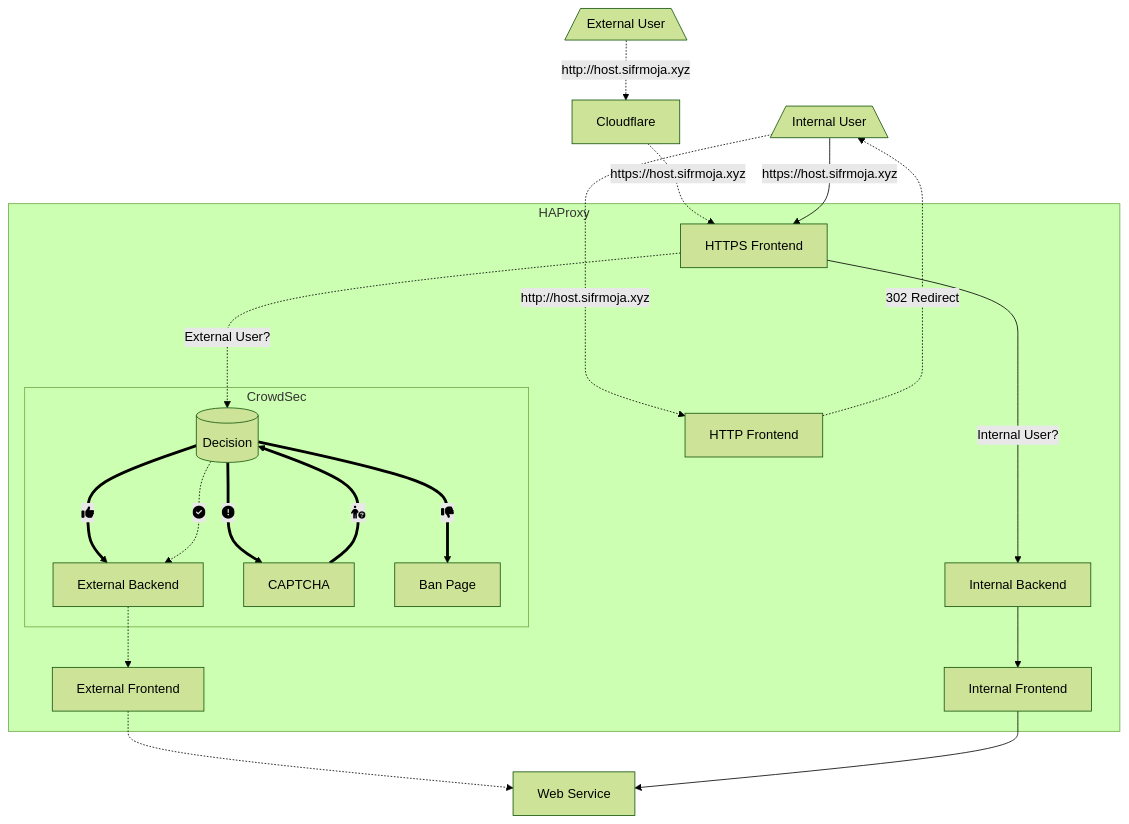
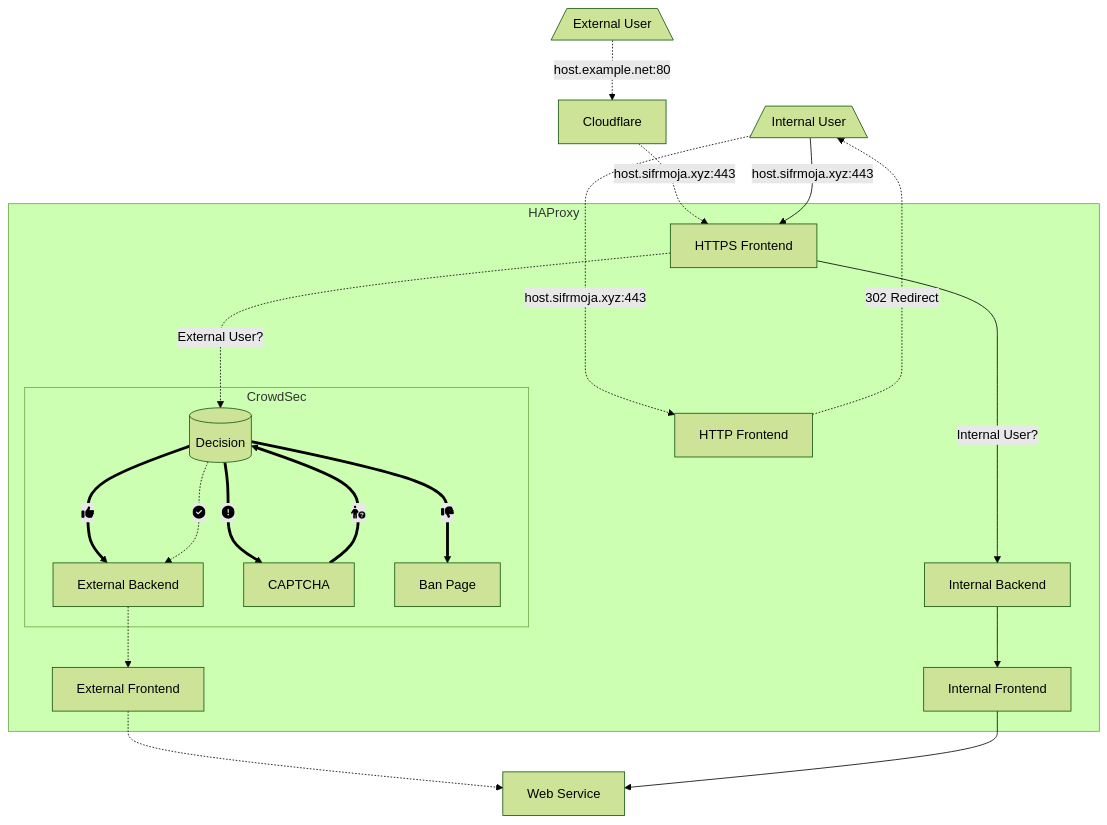
One commit to ciphermenial/ciphermenial.github.io changed the diagram in _posts/2022-07-19-my-haproxy-config.md. Above: the diagram before and after it, drawn with Mermaid (forest theme).

````diff
--- a/_posts/2022-07-19-my-haproxy-config.md
+++ b/_posts/2022-07-19-my-haproxy-config.md
@@ -28,42 +28,42 @@
 ```mermaid
 graph TD
   ExtUsr[/External User\]
   IntUsr[/Internal User\]
   Cloudflare
   HTTP[HTTP Frontend]
   HTTPS[HTTPS Frontend]
   IntBackend[Internal Backend]
   IntFrontend[Internal Frontend]
   ExtBackend[External Backend]
   ExtFrontend[External Frontend]
   CS_Decision[(Decision)]
   CS_CAPTCHA[CAPTCHA]
   CS_Ban[Ban Page]
   Server[Web Service]
 
-  ExtUsr -."http://host.sifrmoja.xyz".-> Cloudflare
-  Cloudflare -."https://host.sifrmoja.xyz".-> HTTPS
-  IntUsr --"https://host.sifrmoja.xyz"--> HTTPS
-  IntUsr -."http://host.sifrmoja.xyz".-> HTTP
+  ExtUsr -."host.example.net:80".-> Cloudflare
+  Cloudflare -."host.sifrmoja.xyz:443".-> HTTPS
+  IntUsr --"host.sifrmoja.xyz:443"--> HTTPS
+  IntUsr -."host.sifrmoja.xyz:443".-> HTTP
   HTTP -."302 Redirect"...-> IntUsr
 
   subgraph HAProxy
     HTTP
     HTTPS --"Internal User?"--> IntBackend
     ExtBackend -.-> ExtFrontend
     IntBackend --> IntFrontend
     HTTPS -."External User?"..-> CS_Decision
 
     subgraph CrowdSec
       CS_Decision ==fa:fa-circle-exclamation===> CS_CAPTCHA
       CS_Decision ==fa:fa-thumbs-down===> CS_Ban
       CS_CAPTCHA ==fa:fa-person-circle-question===> CS_Decision
       CS_Decision ==fa:fa-thumbs-up===> ExtBackend
 
     end
   end
 
  CS_Decision -.fa:fa-circle-check.-> ExtBackend
  ExtFrontend -.-> Server
  IntFrontend --> Server
 ```
````
